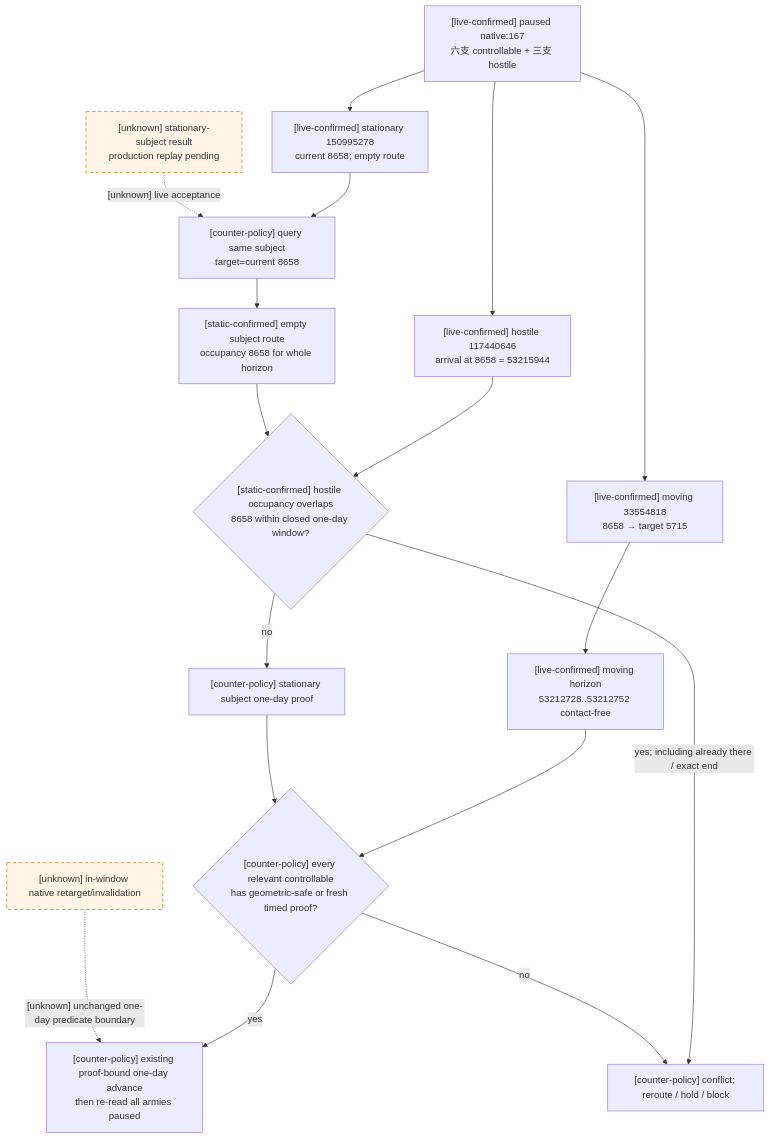
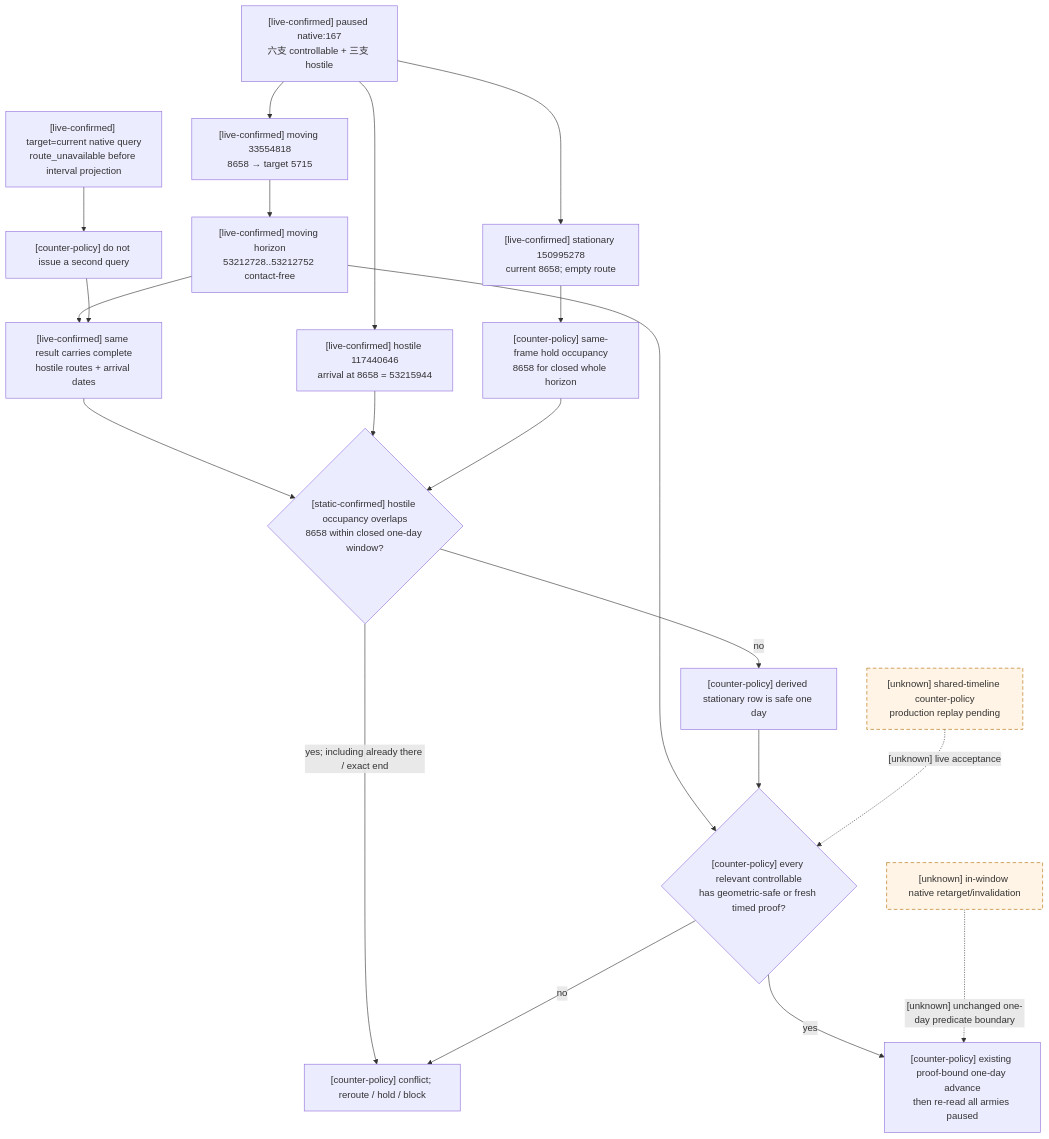
The third of 7 diagrams in docs/ck3-native-ai/army-contact-resolution.md (XenoAmess/ck3_eternal_recurrence), drawn with Mermaid before and after one commit. The commit also changed other lines of this file and 8 other files, not shown here.

Commit message:
Reuse hostile timelines for stationary contact

````diff
--- a/docs/ck3-native-ai/army-contact-resolution.md
+++ b/docs/ck3-native-ai/army-contact-resolution.md
@@ -203,21 +219,24 @@
 ```mermaid
 flowchart TD
     P["[live-confirmed] paused native:167<br/>六支 controllable + 三支 hostile"] --> M["[live-confirmed] moving 33554818<br/>8658 → target 5715"]
     P --> S["[live-confirmed] stationary 150995278<br/>current 8658; empty route"]
     P --> E["[live-confirmed] hostile 117440646<br/>arrival at 8658 = 53215944"]
     M --> MH["[live-confirmed] moving horizon<br/>53212728..53212752 contact-free"]
-    S --> Q["[counter-policy] query same subject<br/>target=current 8658"]
-    Q --> O["[static-confirmed] empty subject route<br/>occupancy 8658 for whole horizon"]
+    MH --> HR["[live-confirmed] same result carries complete<br/>hostile routes + arrival dates"]
+    S --> O["[counter-policy] same-frame hold occupancy<br/>8658 for closed whole horizon"]
+    HR --> X
     E --> X{"[static-confirmed] hostile occupancy overlaps<br/>8658 within closed one-day window?"}
     O --> X
     X -->|yes; including already there / exact end| B["[counter-policy] conflict; reroute / hold / block"]
-    X -->|no| SH["[counter-policy] stationary subject one-day proof"]
+    X -->|no| SH["[counter-policy] derived stationary row is safe one day"]
     MH --> A{"[counter-policy] every relevant controllable<br/>has geometric-safe or fresh timed proof?"}
     SH --> A
     A -->|yes| D["[counter-policy] existing proof-bound one-day advance<br/>then re-read all armies paused"]
     A -->|no| B
-    L["[unknown] stationary-subject result<br/>production replay pending"] -. "[unknown] live acceptance" .-> Q
+    F["[live-confirmed] target=current native query<br/>route_unavailable before interval projection"] --> N["[counter-policy] do not issue a second query"]
+    N --> HR
+    L["[unknown] shared-timeline counter-policy<br/>production replay pending"] -. "[unknown] live acceptance" .-> A
     R["[unknown] in-window native retarget/invalidation"] -. "[unknown] unchanged one-day predicate boundary" .-> D
     classDef unknown stroke-dasharray: 6 4,fill:#fff4e5,stroke:#b36b00;
     class L,R unknown;
 ```
````
